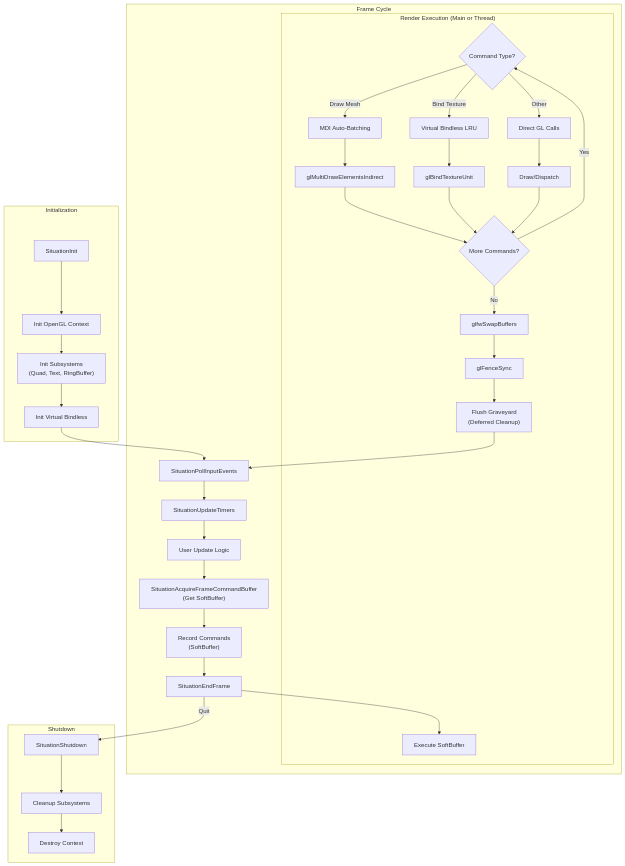
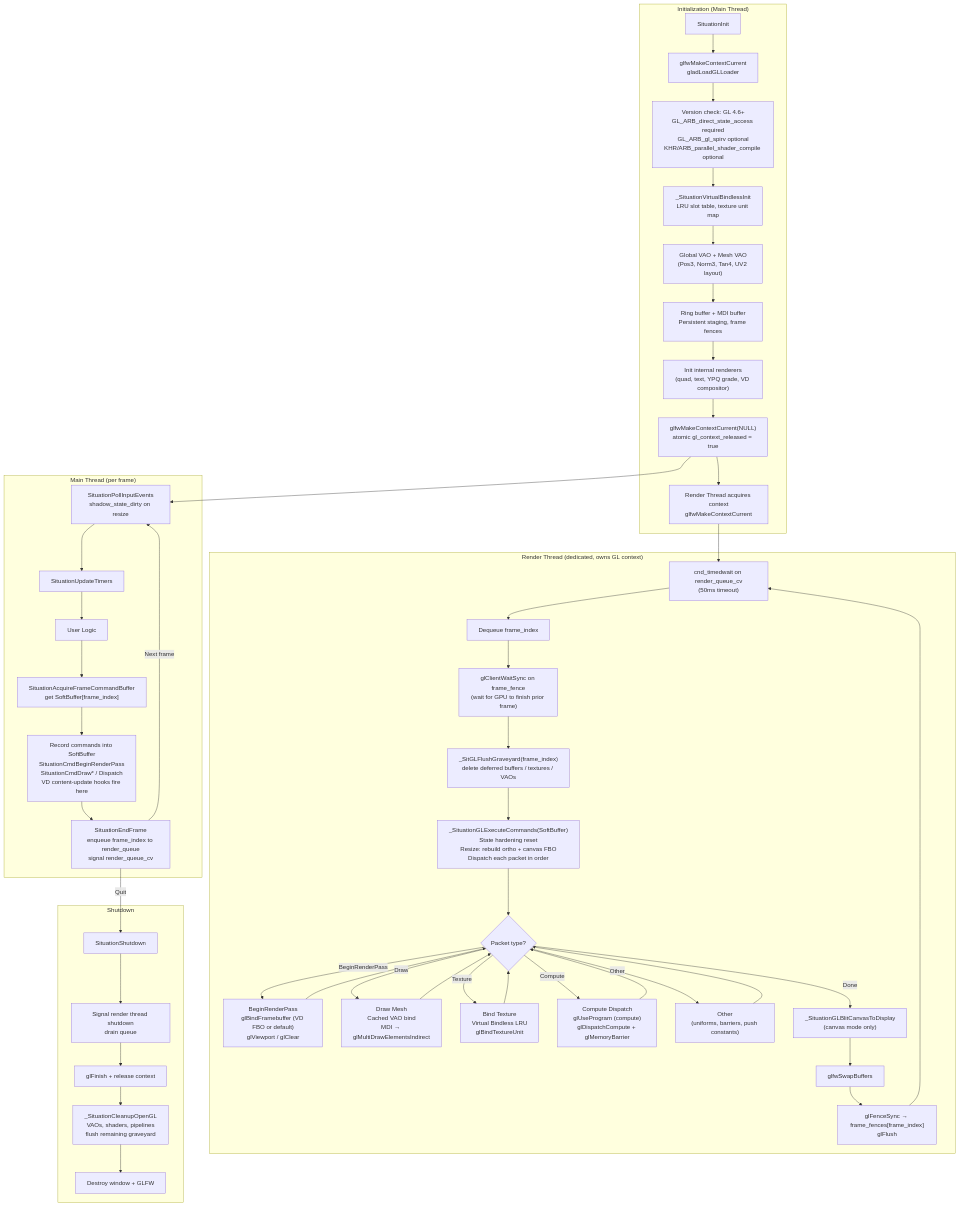
One commit to jmorel33/situation changed the sixth of 7 diagrams in doc/architecture.md. Above: the diagram before and after it, drawn with Mermaid. The commit also changed other lines of this file, not shown here.

````diff
--- a/doc/architecture.md
+++ b/doc/architecture.md
@@ -487,51 +499,65 @@
 ```mermaid
 graph TD
-    %% Nodes
-    subgraph Init ["Initialization"]
+    subgraph Init ["Initialization (Main Thread)"]
         I1["SituationInit"]
-        I2["Init OpenGL Context"]
-        I3["Init Subsystems<br/>(Quad, Text, RingBuffer)"]
-        I4["Init Virtual Bindless"]
+        I2["glfwMakeContextCurrent<br/>gladLoadGLLoader"]
+        I3["Version check: GL 4.6+<br/>GL_ARB_direct_state_access required<br/>GL_ARB_gl_spirv optional<br/>KHR/ARB_parallel_shader_compile optional"]
+        I4["_SituationVirtualBindlessInit<br/>LRU slot table, texture unit map"]
+        I5["Global VAO + Mesh VAO<br/>(Pos3, Norm3, Tan4, UV2 layout)"]
+        I6["Ring buffer + MDI buffer<br/>Persistent staging, frame fences"]
+        I7["Init internal renderers<br/>(quad, text, YPQ grade, VD compositor)"]
+        I8["glfwMakeContextCurrent(NULL)<br/>atomic gl_context_released = true"]
+        I9["Render Thread acquires context<br/>glfwMakeContextCurrent"]
     end
 
-    subgraph Loop ["Frame Cycle"]
-        L1["SituationPollInputEvents"]
-        L2["SituationUpdateTimers"]
-        L3["User Update Logic"]
-        L4["SituationAcquireFrameCommandBuffer<br/>(Get SoftBuffer)"]
-        L5["Record Commands<br/>(SoftBuffer)"]
-        L6["SituationEndFrame"]
+    subgraph MainThread ["Main Thread (per frame)"]
+        M1["SituationPollInputEvents<br/>shadow_state_dirty on resize"]
+        M2["SituationUpdateTimers"]
+        M3["User Logic"]
+        M4["SituationAcquireFrameCommandBuffer<br/>get SoftBuffer[frame_index]"]
+        M5["Record commands into SoftBuffer<br/>SituationCmdBeginRenderPass<br/>SituationCmdDraw* / Dispatch<br/>VD content-update hooks fire here"]
+        M6["SituationEndFrame<br/>enqueue frame_index to render_queue<br/>signal render_queue_cv"]
+    end
 
-        subgraph Render ["Render Execution (Main or Thread)"]
-            R1["Execute SoftBuffer"]
-            R2{"Command Type?"}
-            R2 -- "Draw Mesh" --> R3["MDI Auto-Batching"]
-            R2 -- "Bind Texture" --> R4["Virtual Bindless LRU"]
-            R2 -- "Other" --> R5["Direct GL Calls"]
-            R3 --> R6["glMultiDrawElementsIndirect"]
-            R4 --> R7["glBindTextureUnit"]
-            R5 --> R8["Draw/Dispatch"]
-            R6 --> R9{"More Commands?"}
-            R7 --> R9
-            R8 --> R9
-            R9 -- "Yes" --> R2
-            R9 -- "No" --> S1["glfwSwapBuffers"]
-            S1 --> S2["glFenceSync"]
-            S2 --> S3["Flush Graveyard<br/>(Deferred Cleanup)"]
-        end
+    subgraph RenderThread ["Render Thread (dedicated, owns GL context)"]
+        RT1["cnd_timedwait on render_queue_cv<br/>(50ms timeout)"]
+        RT2["Dequeue frame_index"]
+        RT3["glClientWaitSync on frame_fence<br/>(wait for GPU to finish prior frame)"]
+        RT4["_SitGLFlushGraveyard(frame_index)<br/>delete deferred buffers / textures / VAOs"]
+        RT5["_SituationGLExecuteCommands(SoftBuffer)<br/>State hardening reset<br/>Resize: rebuild ortho + canvas FBO<br/>Dispatch each packet in order"]
+        RT6{"Packet type?"}
+        RT7["BeginRenderPass<br/>glBindFramebuffer (VD FBO or default)<br/>glViewport / glClear"]
+        RT8["Draw Mesh<br/>Cached VAO bind<br/>MDI → glMultiDrawElementsIndirect"]
+        RT9["Bind Texture<br/>Virtual Bindless LRU<br/>glBindTextureUnit"]
+        RT10["Compute Dispatch<br/>glUseProgram (compute)<br/>glDispatchCompute + glMemoryBarrier"]
+        RT11["Other<br/>(uniforms, barriers, push constants)"]
+        RT12["_SituationGLBlitCanvasToDisplay<br/>(canvas mode only)"]
+        RT13["glfwSwapBuffers"]
+        RT14["glFenceSync → frame_fences[frame_index]<br/>glFlush"]
+
+        RT1 --> RT2 --> RT3 --> RT4 --> RT5 --> RT6
+        RT6 -- "BeginRenderPass" --> RT7 --> RT6
+        RT6 -- "Draw" --> RT8 --> RT6
+        RT6 -- "Texture" --> RT9 --> RT6
+        RT6 -- "Compute" --> RT10 --> RT6
+        RT6 -- "Other" --> RT11 --> RT6
+        RT6 -- "Done" --> RT12 --> RT13 --> RT14
+        RT14 --> RT1
     end
 
     subgraph Exit ["Shutdown"]
         E1["SituationShutdown"]
-        E2["Cleanup Subsystems"]
-        E3["Destroy Context"]
+        E2["Signal render thread shutdown<br/>drain queue"]
+        E3["glFinish + release context"]
+        E4["_SituationCleanupOpenGL<br/>VAOs, shaders, pipelines<br/>flush remaining graveyard"]
+        E5["Destroy window + GLFW"]
     end
 
-    %% Flow
-    I1 --> I2 --> I3 --> I4 --> L1
-    L1 --> L2 --> L3 --> L4 --> L5 --> L6
-    L6 --> R1
-    S3 --> L1
-    L6 -- "Quit" --> E1
-    E1 --> E2 --> E3
+    I1 --> I2 --> I3 --> I4 --> I5 --> I6 --> I7 --> I8 --> I9
+    I9 --> RT1
+    I8 --> M1
+    M1 --> M2 --> M3 --> M4 --> M5 --> M6
+    M6 -- "Next frame" --> M1
+    M6 -- "Quit" --> E1
+    E1 --> E2 --> E3 --> E4 --> E5
 ```
````
